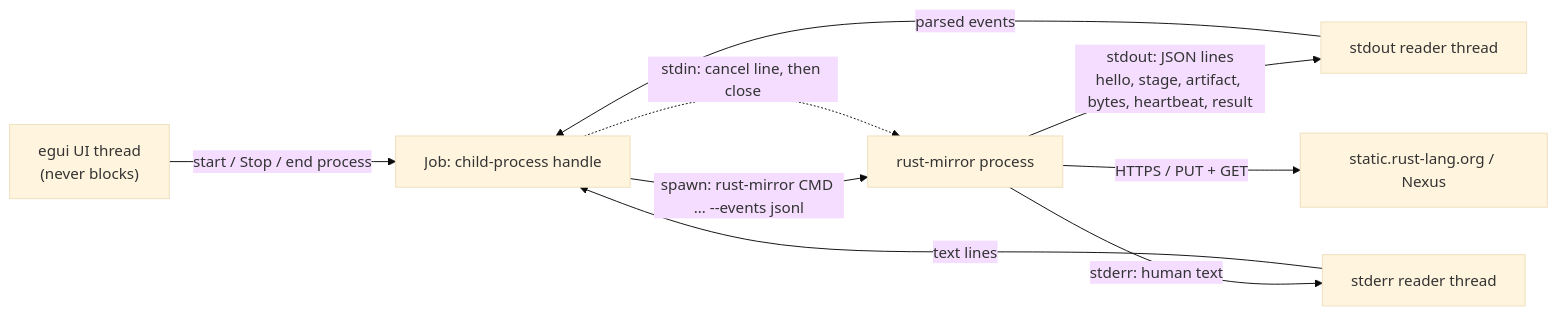
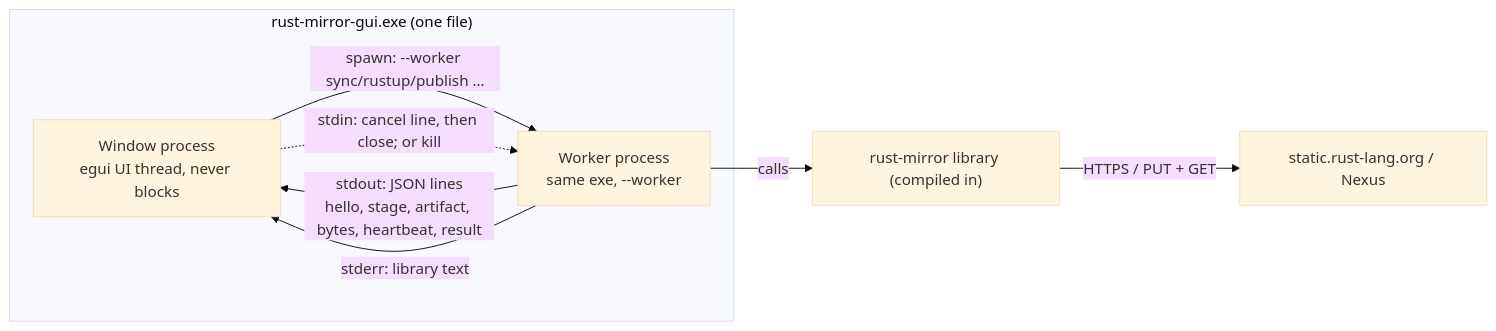
Before and after one commit to rustcommons/rust-mirror-gui: the diagram in docs/DESIGN.md, drawn with Mermaid (base theme). The commit also changed other lines of this file and 27 other files, not shown here.

First line of the commit message:
Compile rust-mirror in and run operations in a --worker child process

````diff
--- a/docs/DESIGN.md
+++ b/docs/DESIGN.md
@@ -212,11 +220,13 @@
 ```mermaid
 flowchart LR
-  UI["egui UI thread<br/>(never blocks)"] -- "start / Stop / end process" --> J["Job: child-process handle"]
-  J -- "spawn: rust-mirror CMD … --events jsonl" --> RM["rust-mirror process"]
-  RM -- "stdout: JSON lines<br/>hello, stage, artifact, bytes, heartbeat, result" --> R1["stdout reader thread"]
-  RM -- "stderr: human text" --> R2["stderr reader thread"]
-  R1 -- "parsed events" --> J
-  R2 -- "text lines" --> J
-  J -. "stdin: cancel line, then close" .-> RM
-  RM -- "HTTPS / PUT + GET" --> EXT["static.rust-lang.org / Nexus"]
+  subgraph EXE["rust-mirror-gui.exe (one file)"]
+    UI["Window process<br/>egui UI thread, never blocks"]
+    W["Worker process<br/>same exe, --worker"]
+  end
+  UI -- "spawn: --worker sync/rustup/publish …" --> W
+  W -- "stdout: JSON lines<br/>hello, stage, artifact, bytes, heartbeat, result" --> UI
+  W -- "stderr: library text" --> UI
+  UI -. "stdin: cancel line, then close; or kill" .-> W
+  W -- "calls" --> L["rust-mirror library (compiled in)"]
+  L -- "HTTPS / PUT + GET" --> EXT["static.rust-lang.org / Nexus"]
 ```
````
